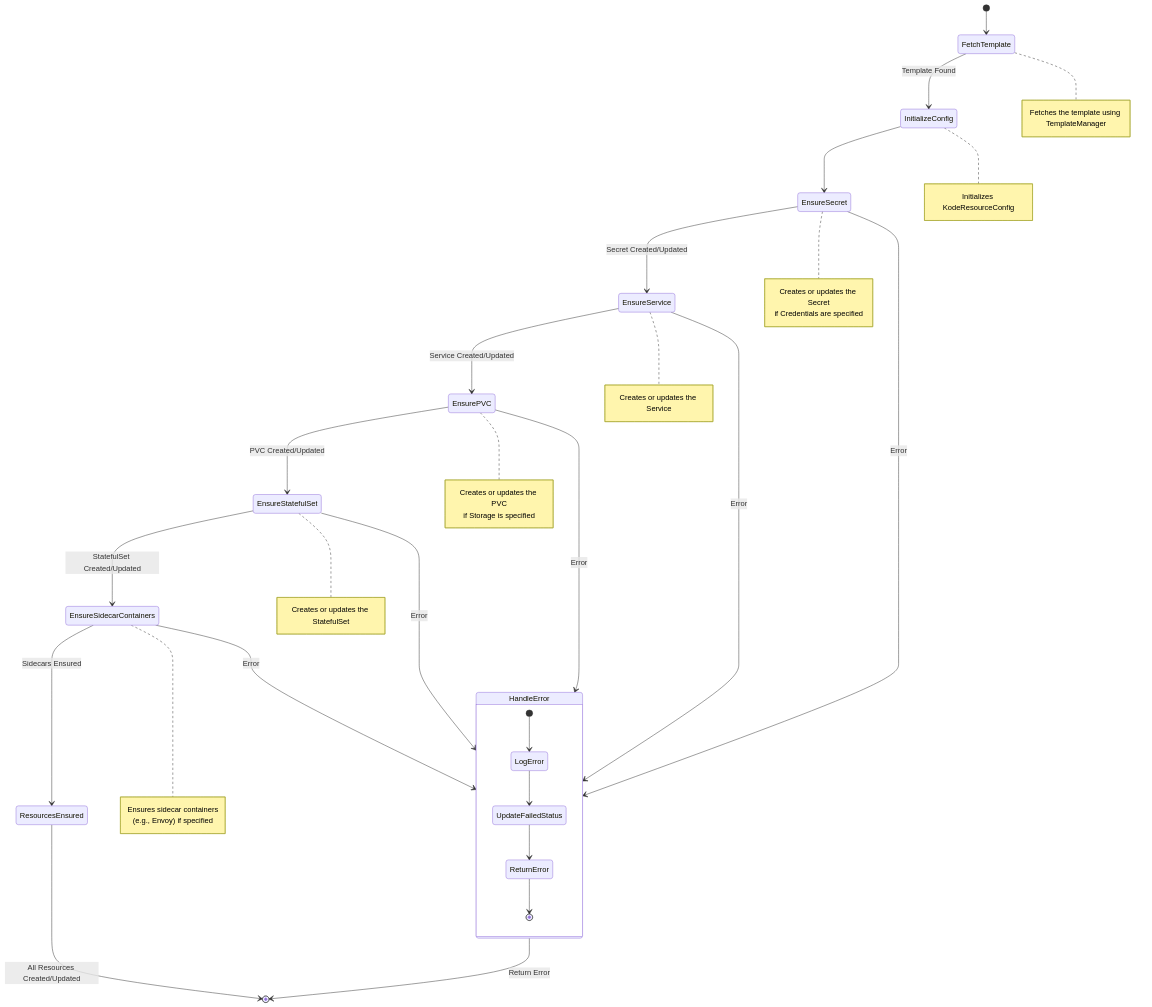
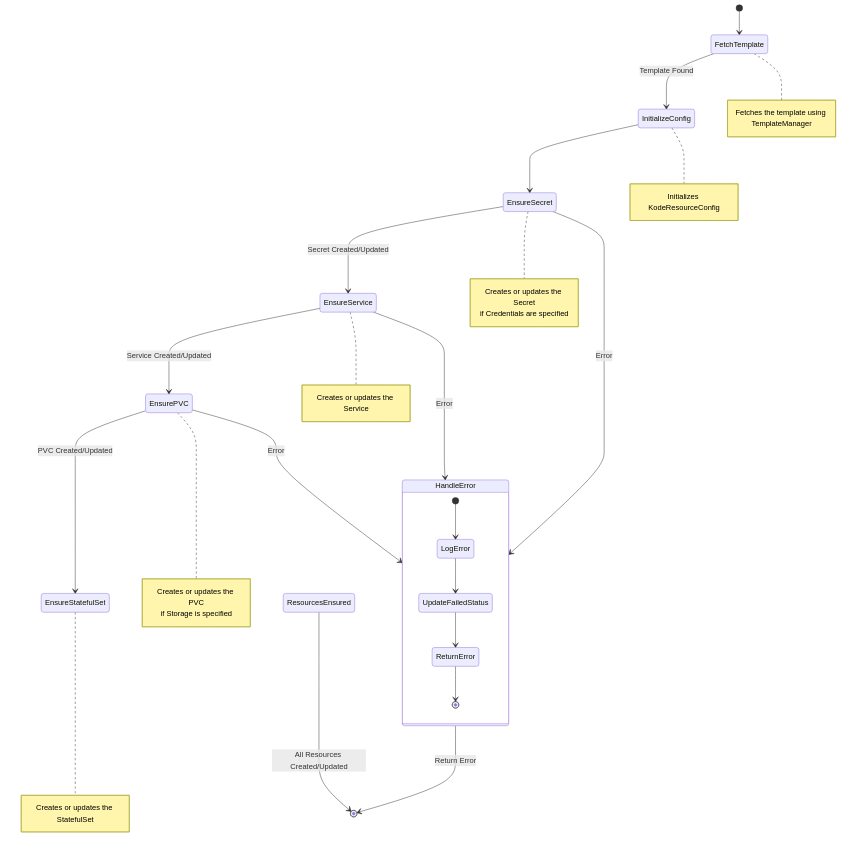
One commit to jacero-io/kode-operator changed the diagram in docs/diagrams/kode-ensure-resources.mmd. Above: the diagram before and after it, drawn with Mermaid. The commit also changed 133 other files, not shown here.

```diff
--- a/docs/diagrams/kode-ensure-resources.mmd
+++ b/docs/diagrams/kode-ensure-resources.mmd
@@ -1,61 +1,50 @@
 stateDiagram-v2
     [*] --> FetchTemplate
     FetchTemplate --> InitializeConfig : Template Found
     InitializeConfig --> EnsureSecret
     
     EnsureSecret --> EnsureService : Secret Created/Updated
     EnsureSecret --> HandleError : Error
 
     EnsureService --> EnsurePVC : Service Created/Updated
     EnsureService --> HandleError : Error
 
     EnsurePVC --> EnsureStatefulSet : PVC Created/Updated
     EnsurePVC --> HandleError : Error
-
-    EnsureStatefulSet --> EnsureSidecarContainers : StatefulSet Created/Updated
-    EnsureStatefulSet --> HandleError : Error
-
-    EnsureSidecarContainers --> ResourcesEnsured : Sidecars Ensured
-    EnsureSidecarContainers --> HandleError : Error
 
     HandleError --> [*] : Return Error
 
     ResourcesEnsured --> [*] : All Resources Created/Updated
 
     state HandleError {
         [*] --> LogError
         LogError --> UpdateFailedStatus
         UpdateFailedStatus --> ReturnError
         ReturnError --> [*]
     }
 
     note right of FetchTemplate
         Fetches the template using TemplateManager
     end note
 
     note right of InitializeConfig
         Initializes KodeResourceConfig
     end note
 
     note right of EnsureSecret
         Creates or updates the Secret
         if Credentials are specified
     end note
 
     note right of EnsureService
         Creates or updates the Service
     end note
 
     note right of EnsurePVC
         Creates or updates the PVC
         if Storage is specified
     end note
 
     note right of EnsureStatefulSet
         Creates or updates the StatefulSet
     end note
-
-    note right of EnsureSidecarContainers
-        Ensures sidecar containers
-        (e.g., Envoy) if specified
-    end note
```
